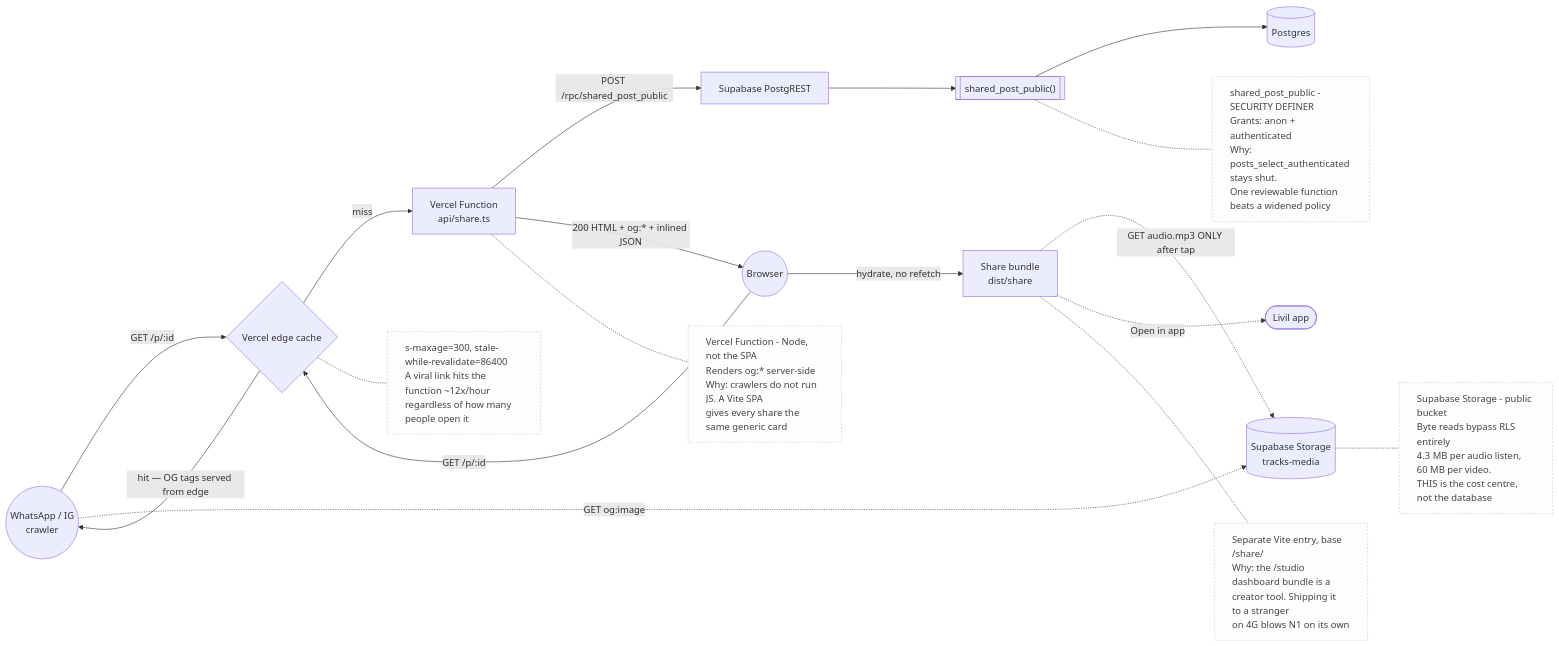
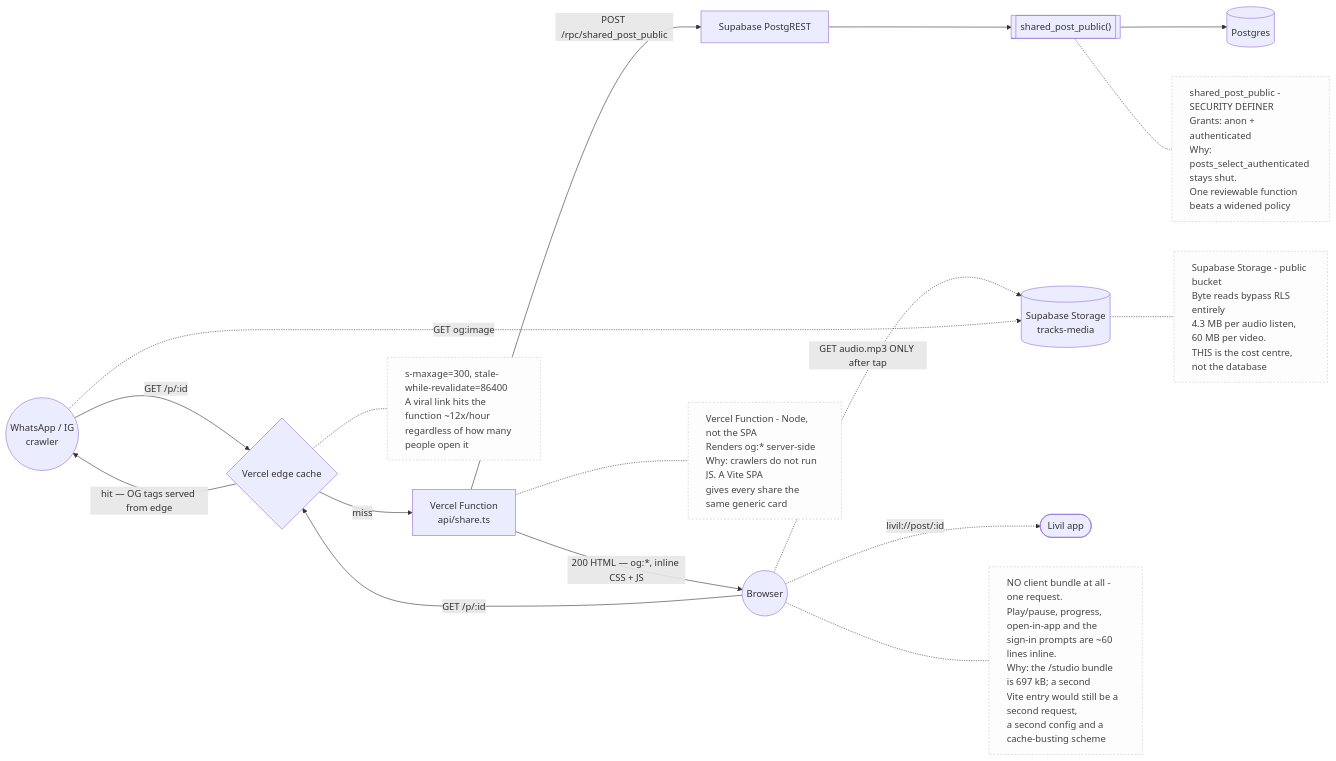
One commit to vvkiitkgp/livil changed the second of 5 diagrams in kb/architecture/post-sharing.md. Above: the diagram before and after it, drawn with Mermaid. The commit also changed other lines of this file and 23 other files, not shown here.

````diff
--- a/kb/architecture/post-sharing.md
+++ b/kb/architecture/post-sharing.md
@@ -320,41 +320,39 @@
 ```mermaid
 flowchart LR
     Crawler(("WhatsApp / IG<br/>crawler"))
     Visitor((Browser))
     VF["Vercel Function<br/>api/share.ts"]
     CDN{"Vercel edge cache"}
-    SPA["Share bundle<br/>dist/share"]
     PGRST["Supabase PostgREST"]
     RPC[["shared_post_public()"]]
     PG[("Postgres")]
     STOR[("Supabase Storage<br/>tracks-media")]
     APP(["Livil app"])
 
     Crawler -->|"GET /p/:id"| CDN
     Visitor -->|"GET /p/:id"| CDN
     CDN -->|"miss"| VF
     CDN -->|"hit — OG tags served from edge"| Crawler
     VF -->|"POST /rpc/shared_post_public"| PGRST
     PGRST --> RPC
     RPC --> PG
-    VF -->|"200 HTML + og:* + inlined JSON"| Visitor
-    Visitor -->|"hydrate, no refetch"| SPA
-    SPA -.->|"GET audio.mp3 ONLY after tap"| STOR
-    SPA -.->|"Open in app"| APP
+    VF -->|"200 HTML — og:*, inline CSS + JS"| Visitor
+    Visitor -.->|"GET audio.mp3 ONLY after tap"| STOR
+    Visitor -.->|"livil://post/:id"| APP
     Crawler -.->|"GET og:image"| STOR
 
     nRPC["shared_post_public - SECURITY DEFINER<br/>Grants: anon + authenticated<br/>Why: posts_select_authenticated stays shut.<br/>One reviewable function beats a widened policy"]
     nVF["Vercel Function - Node, not the SPA<br/>Renders og:* server-side<br/>Why: crawlers do not run JS. A Vite SPA<br/>gives every share the same generic card"]
     nCDN["s-maxage=300, stale-while-revalidate=86400<br/>A viral link hits the function ~12x/hour<br/>regardless of how many people open it"]
     nStor["Supabase Storage - public bucket<br/>Byte reads bypass RLS entirely<br/>4.3 MB per audio listen, 60 MB per video.<br/>THIS is the cost centre, not the database"]
-    nSPA["Separate Vite entry, base /share/<br/>Why: the /studio dashboard bundle is a<br/>creator tool. Shipping it to a stranger<br/>on 4G blows N1 on its own"]
+    nSPA["NO client bundle at all - one request.<br/>Play/pause, progress, open-in-app and the<br/>sign-in prompts are ~60 lines inline.<br/>Why: the /studio bundle is 697 kB; a second<br/>Vite entry would still be a second request,<br/>a second config and a cache-busting scheme"]
 
     RPC -.- nRPC
     VF -.- nVF
     CDN -.- nCDN
     STOR -.- nStor
-    SPA -.- nSPA
+    Visitor -.- nSPA
 
     classDef note fill:#fdfdfd,stroke:#c8c8c8,stroke-width:1px,stroke-dasharray:3 3,color:#444,text-align:left
     class nRPC,nVF,nCDN,nStor,nSPA note
 ```
````
